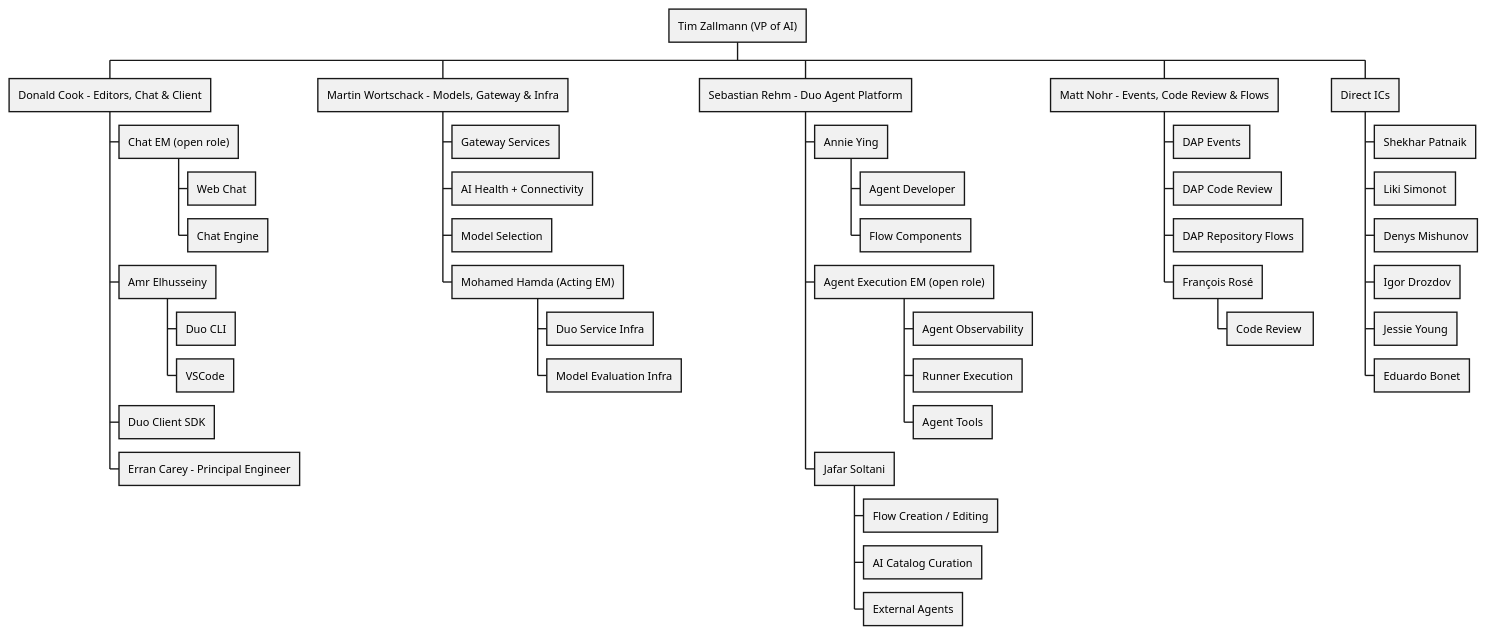
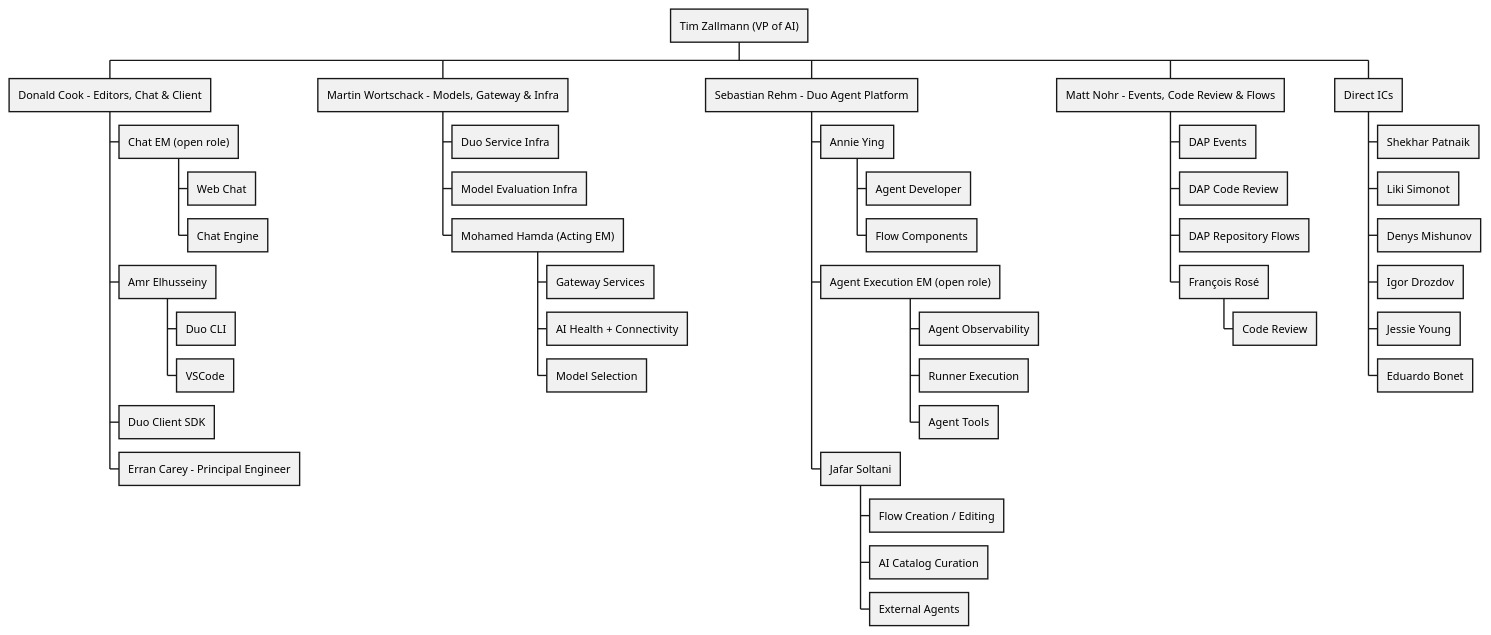
Before and after one commit to kyama0/gitlab-handbook-ja: the diagram in content/handbook/engineering/ai/_index.md, drawn with PlantUML. The commit also changed other lines of this file and 75 other files, not shown here.

````diff
--- a/content/handbook/engineering/ai/_index.md
+++ b/content/handbook/engineering/ai/_index.md
@@ -25,46 +25,46 @@
 ```plantuml
 @startwbs
 * Tim Zallmann (VP of AI)
 ** Donald Cook - Editors, Chat & Client
 *** Chat EM (open role)
 **** Web Chat
 **** Chat Engine
 *** Amr Elhusseiny
 **** Duo CLI
 **** VSCode
 *** Duo Client SDK
 *** Erran Carey - Principal Engineer
 ** Martin Wortschack - Models, Gateway & Infra
-*** Gateway Services
-*** AI Health + Connectivity
-*** Model Selection
+*** Duo Service Infra
+*** Model Evaluation Infra
 *** Mohamed Hamda (Acting EM)
-**** Duo Service Infra
-**** Model Evaluation Infra
+**** Gateway Services
+**** AI Health + Connectivity
+**** Model Selection
 ** Sebastian Rehm - Duo Agent Platform
 *** Annie Ying
 **** Agent Developer
 **** Flow Components
 *** Agent Execution EM (open role)
 **** Agent Observability
 **** Runner Execution
 **** Agent Tools
 *** Jafar Soltani
 **** Flow Creation / Editing
 **** AI Catalog Curation
 **** External Agents
 ** Matt Nohr - Events, Code Review & Flows
 *** DAP Events
 *** DAP Code Review
 *** DAP Repository Flows
 *** François Rosé
-**** Code Review 
+**** Code Review
 ** Direct ICs
 *** Shekhar Patnaik
 *** Liki Simonot
 *** Denys Mishunov
 *** Igor Drozdov
 *** Jessie Young
 *** Eduardo Bonet
 @endwbs
 ```
````
